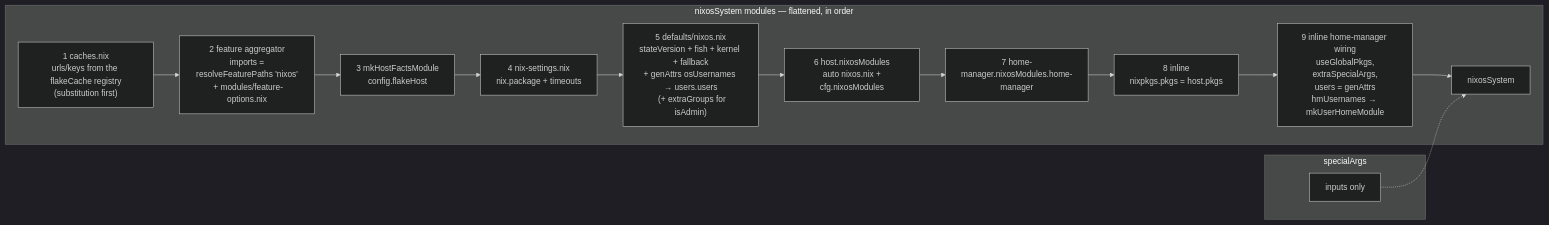
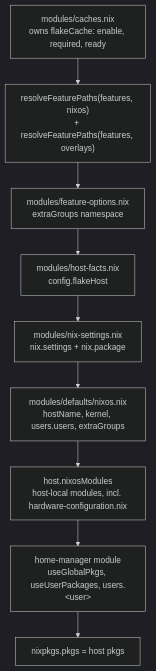
One commit to WombatFromHell/automatic-palm-tree changed the third of 8 diagrams in DESIGN.md. Above: the diagram before and after it, drawn with Mermaid (dark theme). The commit also changed other lines of this file and 46 other files, not shown here.

````diff
--- a/DESIGN.md
+++ b/DESIGN.md
@@ -190,19 +77,11 @@
 ```mermaid
-flowchart LR
-    subgraph Mods ["nixosSystem modules — flattened, in order"]
-        cachesMod["1 caches.nix\nurls/keys from the flakeCache registry\n(substitution first)"]
-        feat["2 feature aggregator\n imports = resolveFeaturePaths 'nixos'\n + modules/feature-options.nix"]
-        facts["3 mkHostFactsModule\n config.flakeHost"]
-        nixSet["4 nix-settings.nix\nnix.package + timeouts"]
-        defNixos["5 defaults/nixos.nix\nstateVersion + fish + kernel + fallback\n+ genAttrs osUsernames → users.users\n  (+ extraGroups for isAdmin)"]
-        hostMods["6 host.nixosModules\n auto nixos.nix + cfg.nixosModules"]
-        hmMod["7 home-manager.nixosModules.home-manager"]
-        inlinePkgs["8 inline\n nixpkgs.pkgs = host.pkgs"]
-        inlineHm["9 inline home-manager wiring\n useGlobalPkgs, extraSpecialArgs,\n users = genAttrs hmUsernames → mkUserHomeModule"]
-        cachesMod --> feat --> facts --> nixSet --> defNixos --> hostMods --> hmMod --> inlinePkgs --> inlineHm --> merged["nixosSystem"]
-    end
-    subgraph Args ["specialArgs"]
-        sa["inputs only"]
-    end
-    sa -.-> merged
+flowchart TD
+  1["modules/caches.nix<br/>owns flakeCache: enable, required, ready"] --> 2["resolveFeaturePaths(features, nixos)<br/>+ resolveFeaturePaths(features, overlays)"]
+  2 --> 3["modules/feature-options.nix<br/>extraGroups namespace"]
+  3 --> 4["modules/host-facts.nix<br/>config.flakeHost"]
+  4 --> 5["modules/nix-settings.nix<br/>nix.settings + nix.package"]
+  5 --> 6["modules/defaults/nixos.nix<br/>hostName, kernel, users.users, extraGroups"]
+  6 --> 7["host.nixosModules<br/>host-local modules, incl. hardware-configuration.nix"]
+  7 --> 8["home-manager module<br/>useGlobalPkgs, useUserPackages, users.&lt;user&gt;"]
+  8 --> 9["nixpkgs.pkgs = host pkgs"]
 ```
````
